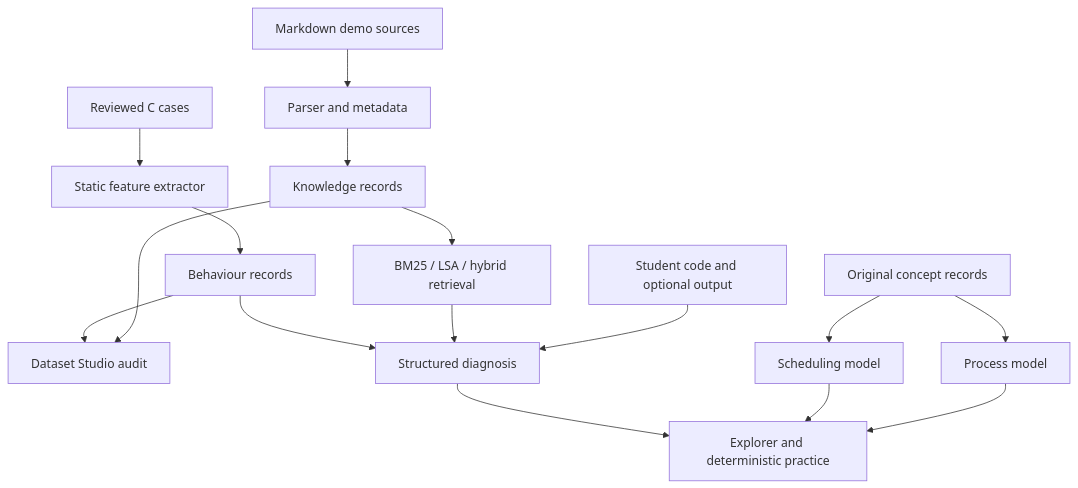
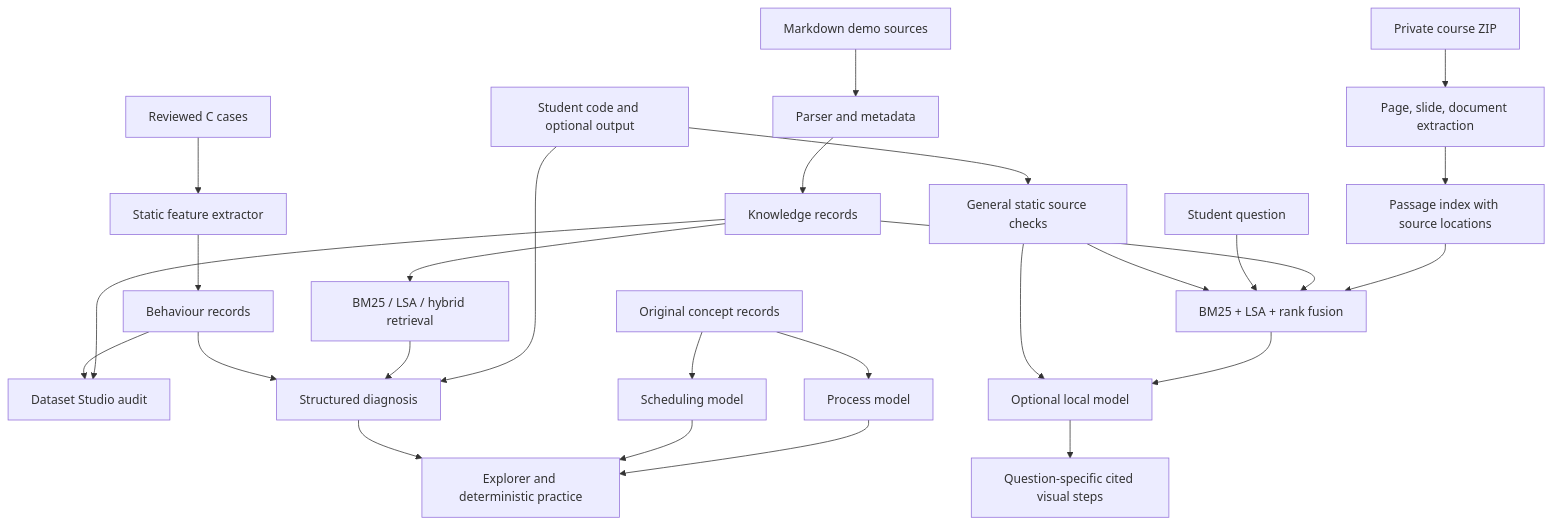
One commit to ANUJ-DESHPANDE/OSLABPROJECT changed the diagram in docs/architecture.md. Above: the diagram before and after it, drawn with Mermaid. The commit also changed other lines of this file and 20 other files, not shown here.

````diff
--- a/docs/architecture.md
+++ b/docs/architecture.md
@@ -7,18 +9,28 @@
 ```mermaid
 flowchart TB
   R[Markdown demo sources] --> P[Parser and metadata]
   P --> K[Knowledge records]
   K --> I[BM25 / LSA / hybrid retrieval]
   C[Reviewed C cases] --> X[Static feature extractor]
   X --> B[Behaviour records]
   K --> DS[Dataset Studio audit]
   B --> DS
   U[Student code and optional output] --> D[Structured diagnosis]
   I --> D
   B --> D
   L[Original concept records] --> PM[Process model]
   L --> SM[Scheduling model]
   PM --> V[Explorer and deterministic practice]
   SM --> V
   D --> V
+  Z[Private course ZIP] --> E[Page, slide, document extraction]
+  E --> Q[Passage index with source locations]
+  Q --> H[BM25 + LSA + rank fusion]
+  K --> H
+  SQ[Student question] --> H
+  U --> CS[General static source checks]
+  CS --> H
+  H --> LM[Optional local model]
+  CS --> LM
+  LM --> GV[Question-specific cited visual steps]
 ```
````
